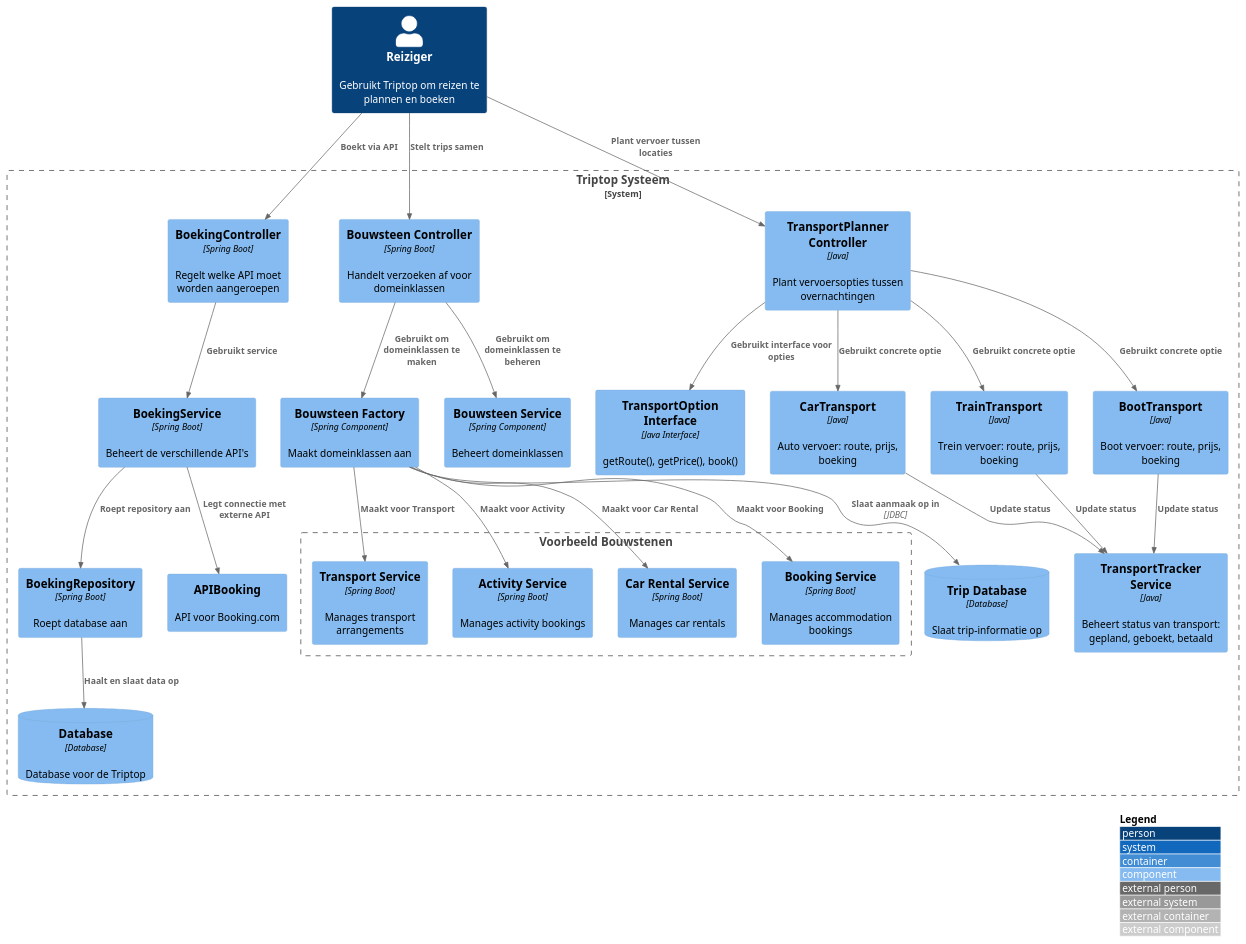
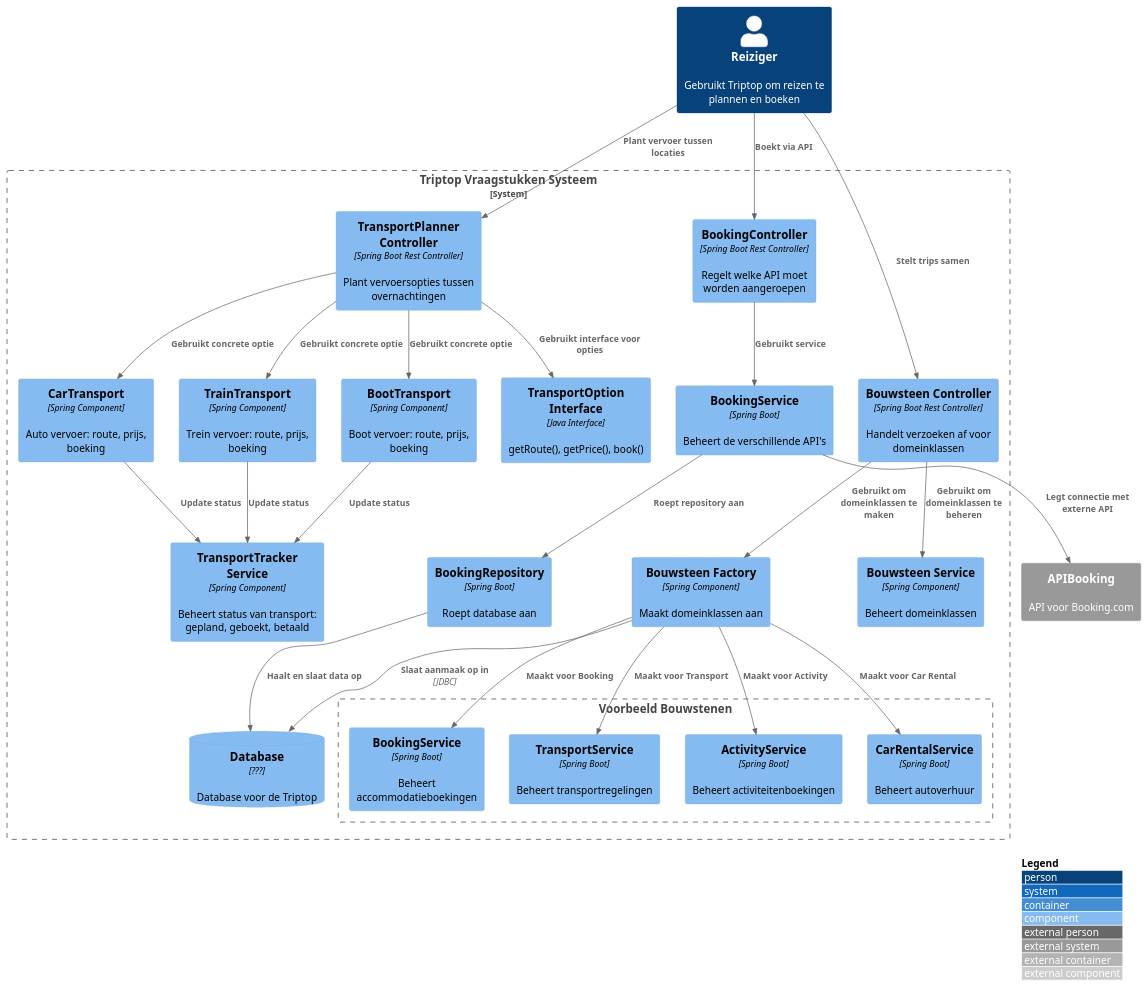
The diagram in Presentatie W2/ComponentDiagrams/SamengevoegdeComponentDiagram.puml (AIM-ENE-feb25/triptop-sqr-tech), drawn with PlantUML before and after one commit. The commit also changed 2 other files, not shown here.

Commit message:
Samengevoegde component diagram

```diff
--- a/Presentatie W2/ComponentDiagrams/SamengevoegdeComponentDiagram.puml
+++ b/Presentatie W2/ComponentDiagrams/SamengevoegdeComponentDiagram.puml
@@ -1,74 +1,61 @@
 @startuml
 !include https://raw.githubusercontent.com/plantuml-stdlib/C4-PlantUML/master/C4_Component.puml
 LAYOUT_WITH_LEGEND()
 
 Person(reiziger, "Reiziger", "Gebruikt Triptop om reizen te plannen en boeken")
 
-System_Boundary(triptop, "Triptop Systeem") {
+System_Boundary(triptop, "Triptop Vraagstukken Systeem") {
 
-  ' Controllers
-  Component(boeking_controller, "BoekingController", "Spring Boot", "Regelt welke API moet worden aangeroepen")
-  Component(bouwsteen_controller, "Bouwsteen Controller", "Spring Boot", "Handelt verzoeken af voor domeinklassen")
-  Component(transport_controller, "TransportPlanner Controller", "Java", "Plant vervoersopties tussen overnachtingen")
+  Component(boeking_controller, "BookingController", "Spring Boot Rest Controller", "Regelt welke API moet worden aangeroepen")
+  Component(bouwsteen_controller, "Bouwsteen Controller", "Spring Boot Rest Controller", "Handelt verzoeken af voor domeinklassen")
+  Component(transport_controller, "TransportPlanner Controller", "Spring Boot Rest Controller", "Plant vervoersopties tussen overnachtingen")
 
-  ' Services
-  Component(boeking_service, "BoekingService", "Spring Boot", "Beheert de verschillende API's")
+  Component(boeking_service, "BookingService", "Spring Boot", "Beheert de verschillende API's")
   Component(bouwsteen_service, "Bouwsteen Service", "Spring Component", "Beheert domeinklassen")
-  Component(boeking_repo, "BoekingRepository", "Spring Boot", "Roept database aan")
+  Component(boeking_repo, "BookingRepository", "Spring Boot", "Roept database aan")
   Component(factory, "Bouwsteen Factory", "Spring Component", "Maakt domeinklassen aan")
 
-  Component(transport_tracker, "TransportTracker Service", "Java", "Beheert status van transport: gepland, geboekt, betaald")
+  Component(transport_tracker, "TransportTracker Service", "Spring Component", "Beheert status van transport: gepland, geboekt, betaald")
 
-  ' Transportopties
-  Component(car_transport, "CarTransport", "Java", "Auto vervoer: route, prijs, boeking")
-  Component(train_transport, "TrainTransport", "Java", "Trein vervoer: route, prijs, boeking")
-  Component(boat_transport, "BootTransport", "Java", "Boot vervoer: route, prijs, boeking")
+  Component(car_transport, "CarTransport", "Spring Component", "Auto vervoer: route, prijs, boeking")
+  Component(train_transport, "TrainTransport", "Spring Component", "Trein vervoer: route, prijs, boeking")
+  Component(boat_transport, "BootTransport", "Spring Component", "Boot vervoer: route, prijs, boeking")
   Component(transport_interface, "TransportOption Interface", "Java Interface", "getRoute(), getPrice(), book()")
 
-  ' Voorbeeldbouwstenen
-  Boundary(bouwstenen, "Voorbeeld Bouwstenen") {
-    Component(bs_booking, "Booking Service", "Spring Boot", "Manages accommodation bookings")
-    Component(bs_transport, "Transport Service", "Spring Boot", "Manages transport arrangements")
-    Component(bs_activity, "Activity Service", "Spring Boot", "Manages activity bookings")
-    Component(bs_car_rental, "Car Rental Service", "Spring Boot", "Manages car rentals")
-  }
-
-  ' Databases
-  ComponentDb(trip_db, "Trip Database", "Database", "Slaat trip-informatie op")
-  ComponentDb(boeking_db, "Database", "Database", "Database voor de Triptop")
-
-  ' Externe API
-  Component(api_booking, "APIBooking", "", "API voor Booking.com")
-
+Boundary(bouwstenen, "Voorbeeld Bouwstenen") {
+  Component(bs_booking, "BookingService", "Spring Boot", "Beheert accommodatieboekingen")
+  Component(bs_transport, "TransportService", "Spring Boot", "Beheert transportregelingen")
+  Component(bs_activity, "ActivityService", "Spring Boot", "Beheert activiteitenboekingen")
+  Component(bs_car_rental, "CarRentalService", "Spring Boot", "Beheert autoverhuur")
+}
+  ComponentDb(db, "Database", "???", "Database voor de Triptop")
 }
 
-' Relaties gebruiker
+  System_Ext(api_booking, "APIBooking", "API voor Booking.com")
+
 Rel(reiziger, boeking_controller, "Boekt via API")
 Rel(reiziger, bouwsteen_controller, "Stelt trips samen")
 Rel(reiziger, transport_controller, "Plant vervoer tussen locaties")
 
-' Boeking systeem
 Rel(boeking_controller, boeking_service, "Gebruikt service")
 Rel(boeking_service, boeking_repo, "Roept repository aan")
-Rel(boeking_repo, boeking_db, "Haalt en slaat data op")
+Rel(boeking_repo, db, "Haalt en slaat data op")
 Rel(boeking_service, api_booking, "Legt connectie met externe API")
 
-' Bouwsteen systeem
 Rel(bouwsteen_controller, factory, "Gebruikt om domeinklassen te maken")
 Rel(bouwsteen_controller, bouwsteen_service, "Gebruikt om domeinklassen te beheren")
-Rel(factory, trip_db, "Slaat aanmaak op in", "JDBC")
+Rel(factory, db, "Slaat aanmaak op in", "JDBC")
 Rel(factory, bs_booking, "Maakt voor Booking")
 Rel(factory, bs_transport, "Maakt voor Transport")
 Rel(factory, bs_activity, "Maakt voor Activity")
 Rel(factory, bs_car_rental, "Maakt voor Car Rental")
 
-' Transport systeem
 Rel(transport_controller, transport_interface, "Gebruikt interface voor opties")
 Rel(transport_controller, car_transport, "Gebruikt concrete optie")
 Rel(transport_controller, train_transport, "Gebruikt concrete optie")
 Rel(transport_controller, boat_transport, "Gebruikt concrete optie")
 Rel(car_transport, transport_tracker, "Update status")
 Rel(train_transport, transport_tracker, "Update status")
 Rel(boat_transport, transport_tracker, "Update status")
 
 @enduml
```
